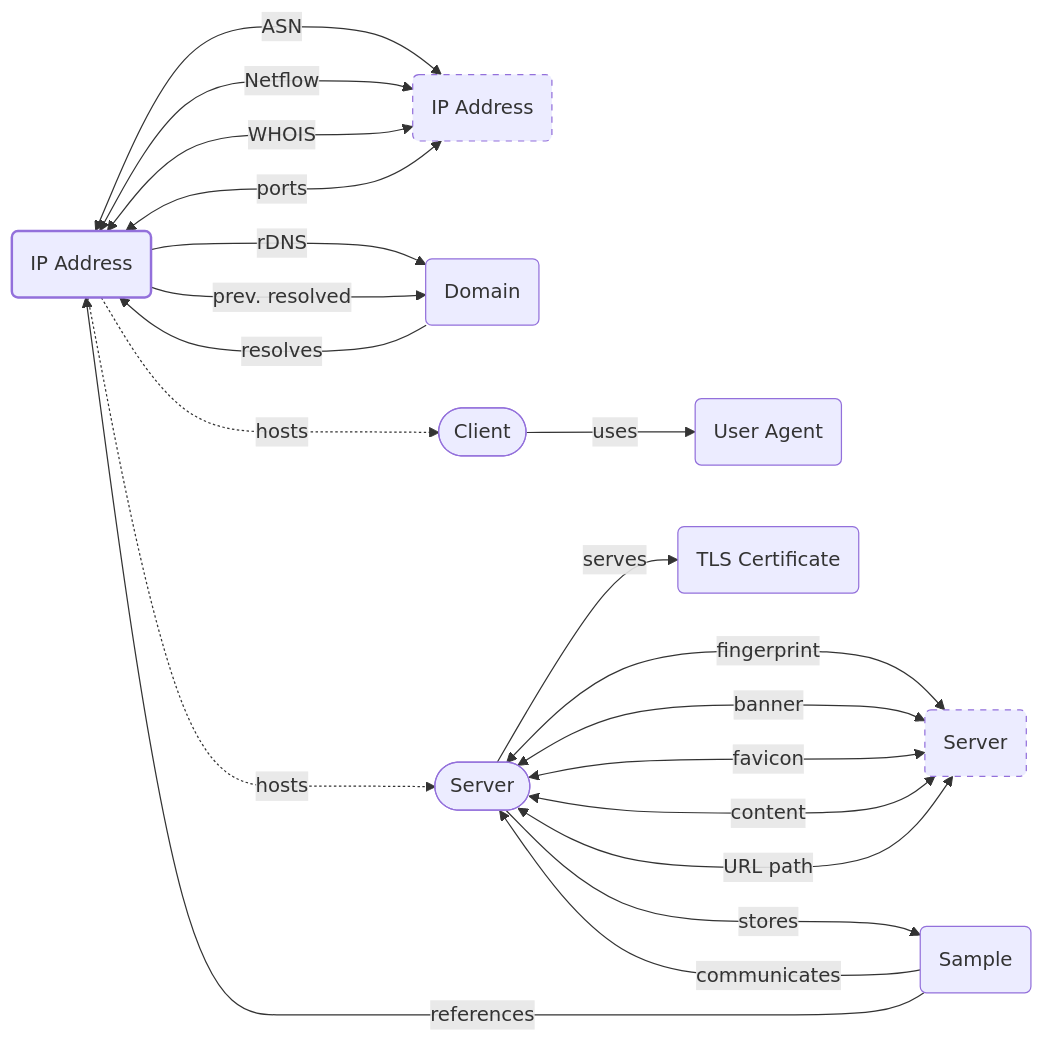
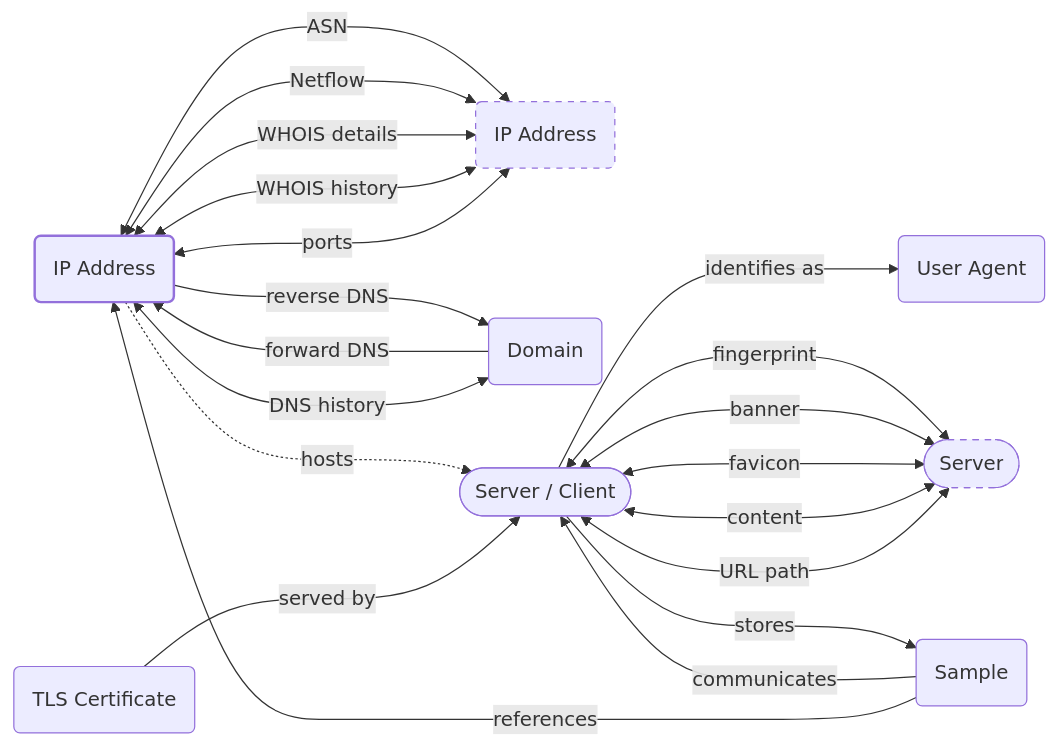
Before and after one commit to korniko98/pivot-atlas: the diagram in docs/artifacts/ip-address.md, drawn with Mermaid. The commit also changed other lines of this file and 2 other files, not shown here.

````diff
--- a/docs/artifacts/ip-address.md
+++ b/docs/artifacts/ip-address.md
@@ -31,44 +31,44 @@
 	```mermaid
 	flowchart LR
 		classDef primary stroke-width: 2px
 		classDef secondary stroke-dasharray: 5 5
 		
 		%% define nodes
 		IP_ADDRESS(IP Address):::primary
 		IP_ADDRESS_(IP Address):::secondary
 		DOMAIN(Domain)
-		SERVER([Server])
-		CLIENT([Client])
-		SERVER_(Server):::secondary
+		SERVER([Server / Client])
+		SERVER_([Server]):::secondary
 		SAMPLE(Sample)
 		USER_AGENT(User Agent)
 		TLS_CERT(TLS Certificate)
 		
 		%% define edges
-		IP_ADDRESS -. hosts ..-> CLIENT
-		CLIENT -- uses --> USER_AGENT
+		SERVER -- identifies as ---> USER_AGENT
 		IP_ADDRESS <-- ASN --> IP_ADDRESS_
 		IP_ADDRESS <-- Netflow --> IP_ADDRESS_
-		IP_ADDRESS <-- WHOIS ---> IP_ADDRESS_
+		IP_ADDRESS <-- WHOIS details ---> IP_ADDRESS_
+		IP_ADDRESS <-- WHOIS history ---> IP_ADDRESS_
 		IP_ADDRESS <-- ports --> IP_ADDRESS_
 		IP_ADDRESS -. hosts ..-> SERVER
-		SERVER -- serves --> TLS_CERT
+		TLS_CERT -- served by ---> SERVER
 		SERVER <-- fingerprint ---> SERVER_
 		SERVER <-- banner ---> SERVER_
 		SERVER <-- favicon ---> SERVER_
 		SERVER <-- content ---> SERVER_
 		SERVER <-- URL path ---> SERVER_
 		SERVER -- stores ---> SAMPLE
 		SAMPLE -- communicates --> SERVER
 		SAMPLE -- references --> IP_ADDRESS
-		DOMAIN -- resolves ---> IP_ADDRESS
-		IP_ADDRESS -- rDNS --> DOMAIN
-		IP_ADDRESS -- prev. resolved --> DOMAIN
+		DOMAIN -- forward DNS --> IP_ADDRESS
+		DOMAIN <-- DNS history --> IP_ADDRESS
+		IP_ADDRESS -- reverse DNS ---> DOMAIN
 		
 		%% define links
 		click IP_ADDRESS_ "#ip-addresses"
 		click DOMAIN "#domains"
 		click SERVER "#servers"
 		click SAMPLE "#samples"
 		click USER_AGENT "#user-agents"
+		click TLS_CERT "#tls-certificates"
 	```
````
